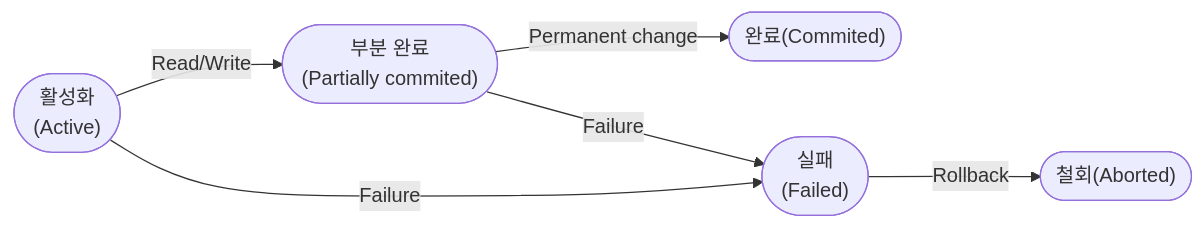
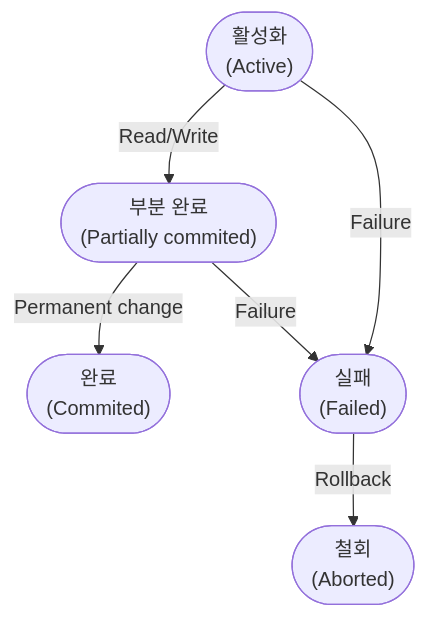
The diagram in _posts/2024-06-30-소프트웨어-설계-핵심노트.md (younghunkimm/younghunkimm.github.io), drawn with Mermaid before and after one commit.

````diff
--- a/_posts/2024-06-30-소프트웨어-설계-핵심노트.md
+++ b/_posts/2024-06-30-소프트웨어-설계-핵심노트.md
@@ -119,14 +119,14 @@
 ```mermaid
-flowchart LR
+flowchart TD
     A(["활성화\n(Active)"])
     B(["부분 완료\n(Partially commited)"])
     C(["실패\n(Failed)"])
-    D(["완료(Commited)"])
-    E(["철회(Aborted)"])
+    D(["완료\n(Commited)"])
+    E(["철회\n(Aborted)"])
 
     A -- Read/Write --> B
     B -- Permanent change --> D
     B -- Failure --> C
     A -- Failure --> C
     C -- Rollback --> E
 ```
````
